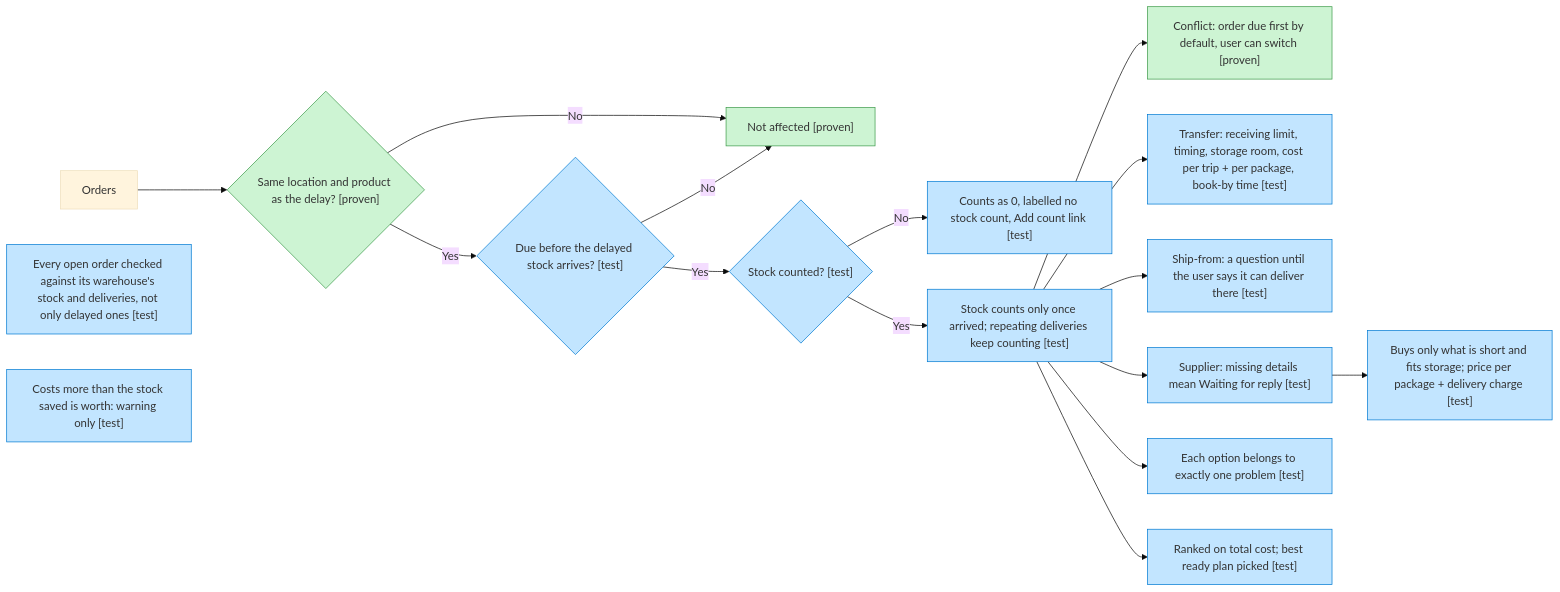
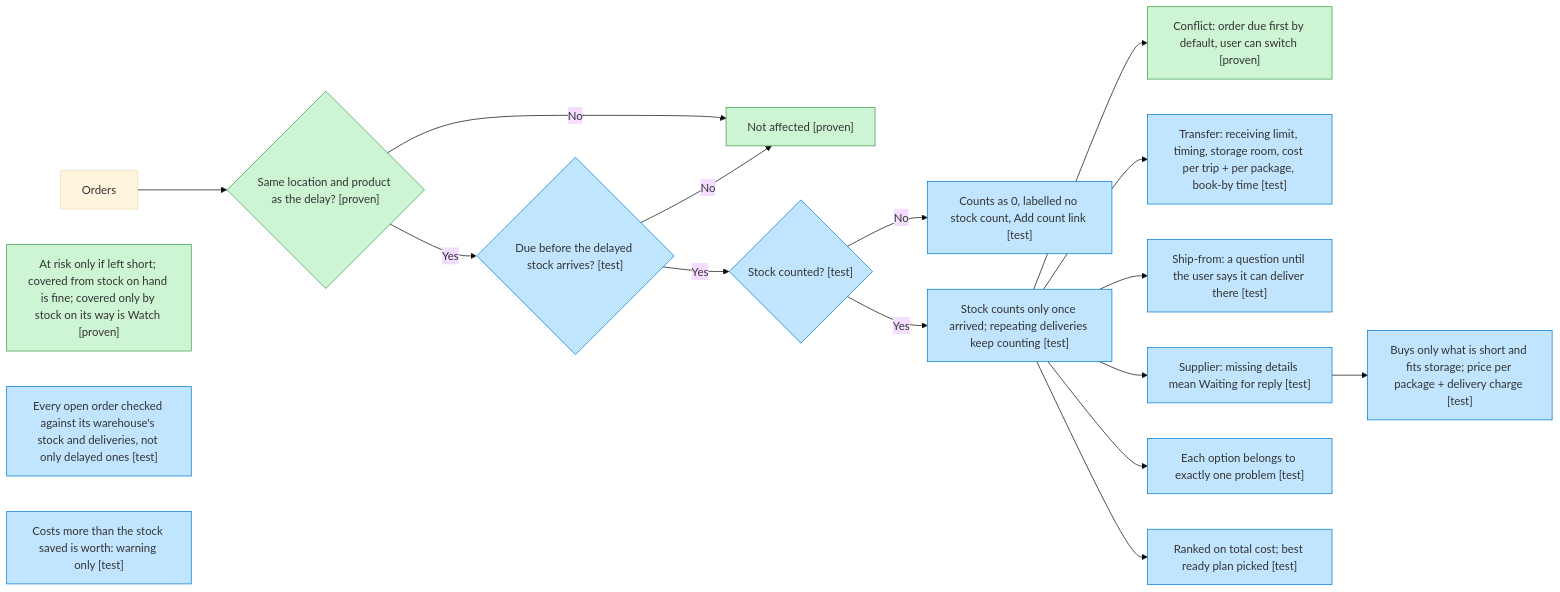
Before and after one commit to gouravhanumante/rehearsal-ai-builder-cup: the fourth of 7 diagrams in docs/07-bug-map.md, drawn with Mermaid (base theme). The commit also changed 10 other files, not shown here.

Commit message:
At risk means left short: orders covered from stock on hand are fine, orders covered only by stock on its way are Watch; Ask AI told which is which

````diff
--- a/docs/07-bug-map.md
+++ b/docs/07-bug-map.md
@@ -83,23 +83,24 @@
 ```mermaid
 flowchart LR
   o["Orders"] --> loc{"Same location and product as the delay? [proven]"}
   loc -->|"No"| na["Not affected [proven]"]
   loc -->|"Yes"| due{"Due before the delayed stock arrives? [test]"}
   due -->|"No"| na
   due -->|"Yes"| st{"Stock counted? [test]"}
+  risk["At risk only if left short; covered from stock on hand is fine; covered only by stock on its way is Watch [proven]"]
   st -->|"No"| unk["Counts as 0, labelled no stock count, Add count link [test]"]
   st -->|"Yes"| al["Stock counts only once arrived; repeating deliveries keep counting [test]"]
   all["Every open order checked against its warehouse's stock and deliveries, not only delayed ones [test]"]
   al --> cf["Conflict: order due first by default, user can switch [proven]"]
   al --> tr["Transfer: receiving limit, timing, storage room, cost per trip + per package, book-by time [test]"]
   al --> sf["Ship-from: a question until the user says it can deliver there [test]"]
   al --> sup["Supplier: missing details mean Waiting for reply [test]"]
   sup --> buy["Buys only what is short and fits storage; price per package + delivery charge [test]"]
   al --> grp["Each option belongs to exactly one problem [test]"]
   al --> rec["Ranked on total cost; best ready plan picked [test]"]
   worth["Costs more than the stock saved is worth: warning only [test]"]
   classDef proven fill:#CDF4D3,stroke:#3E9B4B
   classDef test fill:#C2E5FF,stroke:#007AD2
-  class loc,na,cf proven
+  class loc,na,cf,risk proven
   class due,st,unk,al,all,tr,sf,sup,buy,grp,rec,worth test
 ```
````
